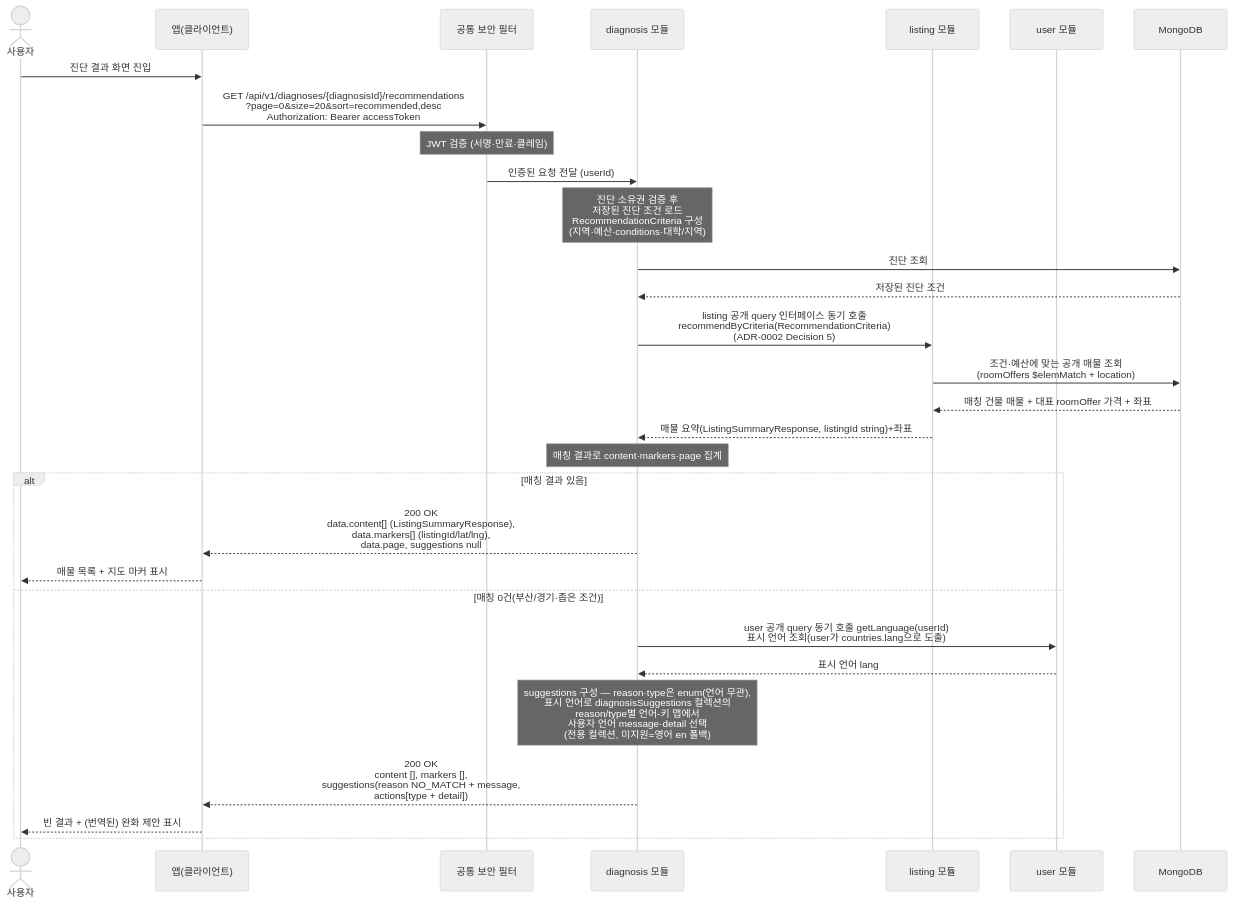
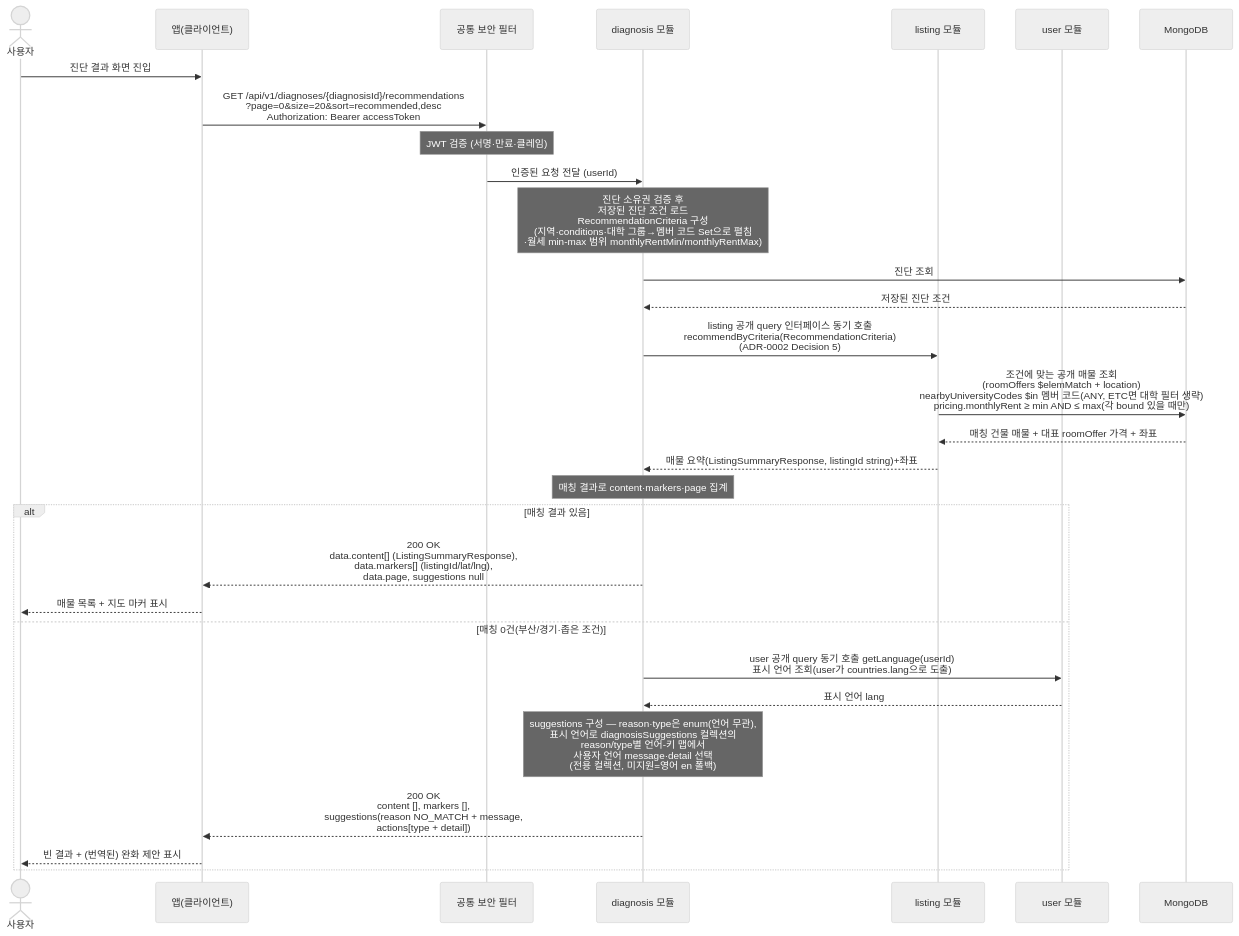
One commit to jameskim9509/Kohere-backend changed the diagram in docs/architecture/sequence-diagrams/02-diagnosis-recommendation/us-2-2-recommendations.md. Above: the diagram before and after it, drawn with Mermaid (neutral theme). The commit also changed other lines of this file and 10 other files, not shown here.

````diff
--- a/docs/architecture/sequence-diagrams/02-diagnosis-recommendation/us-2-2-recommendations.md
+++ b/docs/architecture/sequence-diagrams/02-diagnosis-recommendation/us-2-2-recommendations.md
@@ -5,33 +5,33 @@
 ```mermaid
 sequenceDiagram
     actor U as 사용자
     participant C as 앱(클라이언트)
     participant SEC as 공통 보안 필터
     participant DIAG as diagnosis 모듈
     participant LIST as listing 모듈
     participant USER as user 모듈
     participant DB as MongoDB
 
     U->>C: 진단 결과 화면 진입
     C->>SEC: GET /api/v1/diagnoses/{diagnosisId}/recommendations<br/>?page=0&size=20&sort=recommended,desc<br/>Authorization: Bearer accessToken
     Note over SEC: JWT 검증 (서명·만료·클레임)
     SEC->>DIAG: 인증된 요청 전달 (userId)
-    Note over DIAG: 진단 소유권 검증 후<br/>저장된 진단 조건 로드<br/>RecommendationCriteria 구성<br/>(지역·예산·conditions·대학/지역)
+    Note over DIAG: 진단 소유권 검증 후<br/>저장된 진단 조건 로드<br/>RecommendationCriteria 구성<br/>(지역·conditions·대학 그룹→멤버 코드 Set으로 펼침<br/>·월세 min-max 범위 monthlyRentMin/monthlyRentMax)
     DIAG->>DB: 진단 조회
     DB-->>DIAG: 저장된 진단 조건
     DIAG->>LIST: listing 공개 query 인터페이스 동기 호출<br/>recommendByCriteria(RecommendationCriteria)<br/>(ADR-0002 Decision 5)
-    LIST->>DB: 조건·예산에 맞는 공개 매물 조회<br/>(roomOffers $elemMatch + location)
+    LIST->>DB: 조건에 맞는 공개 매물 조회<br/>(roomOffers $elemMatch + location)<br/>nearbyUniversityCodes $in 멤버 코드(ANY, ETC면 대학 필터 생략)<br/>pricing.monthlyRent ≥ min AND ≤ max(각 bound 있을 때만)
     DB-->>LIST: 매칭 건물 매물 + 대표 roomOffer 가격 + 좌표
     LIST-->>DIAG: 매물 요약(ListingSummaryResponse, listingId string)+좌표
     Note over DIAG: 매칭 결과로 content·markers·page 집계
     alt 매칭 결과 있음
         DIAG-->>C: 200 OK<br/>data.content[] (ListingSummaryResponse),<br/>data.markers[] (listingId/lat/lng),<br/>data.page, suggestions null
         C-->>U: 매물 목록 + 지도 마커 표시
     else 매칭 0건(부산/경기·좁은 조건)
         DIAG->>USER: user 공개 query 동기 호출 getLanguage(userId)<br/>표시 언어 조회(user가 countries.lang으로 도출)
         USER-->>DIAG: 표시 언어 lang
         Note over DIAG: suggestions 구성 — reason·type은 enum(언어 무관),<br/>표시 언어로 diagnosisSuggestions 컬렉션의<br/>reason/type별 언어-키 맵에서<br/>사용자 언어 message·detail 선택<br/>(전용 컬렉션, 미지원=영어 en 폴백)
         DIAG-->>C: 200 OK<br/>content [], markers [],<br/>suggestions(reason NO_MATCH + message,<br/>actions[type + detail])
         C-->>U: 빈 결과 + (번역된) 완화 제안 표시
     end
 ```
````
